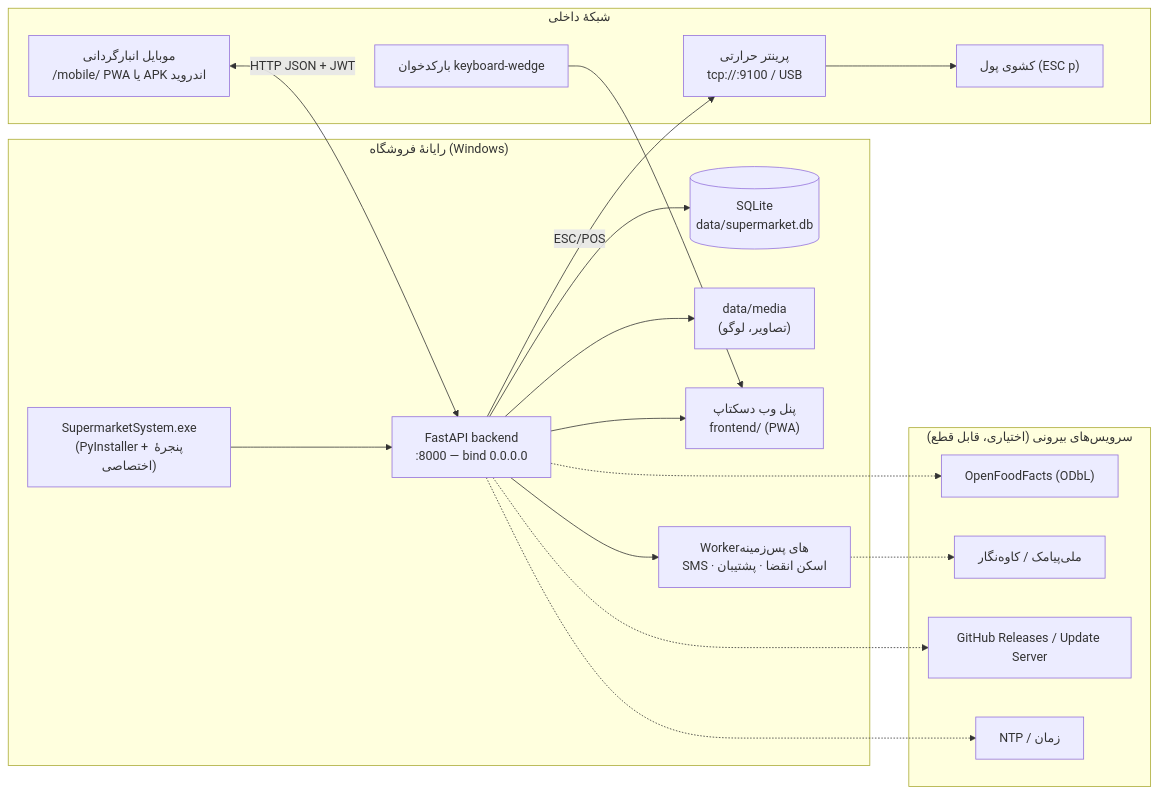
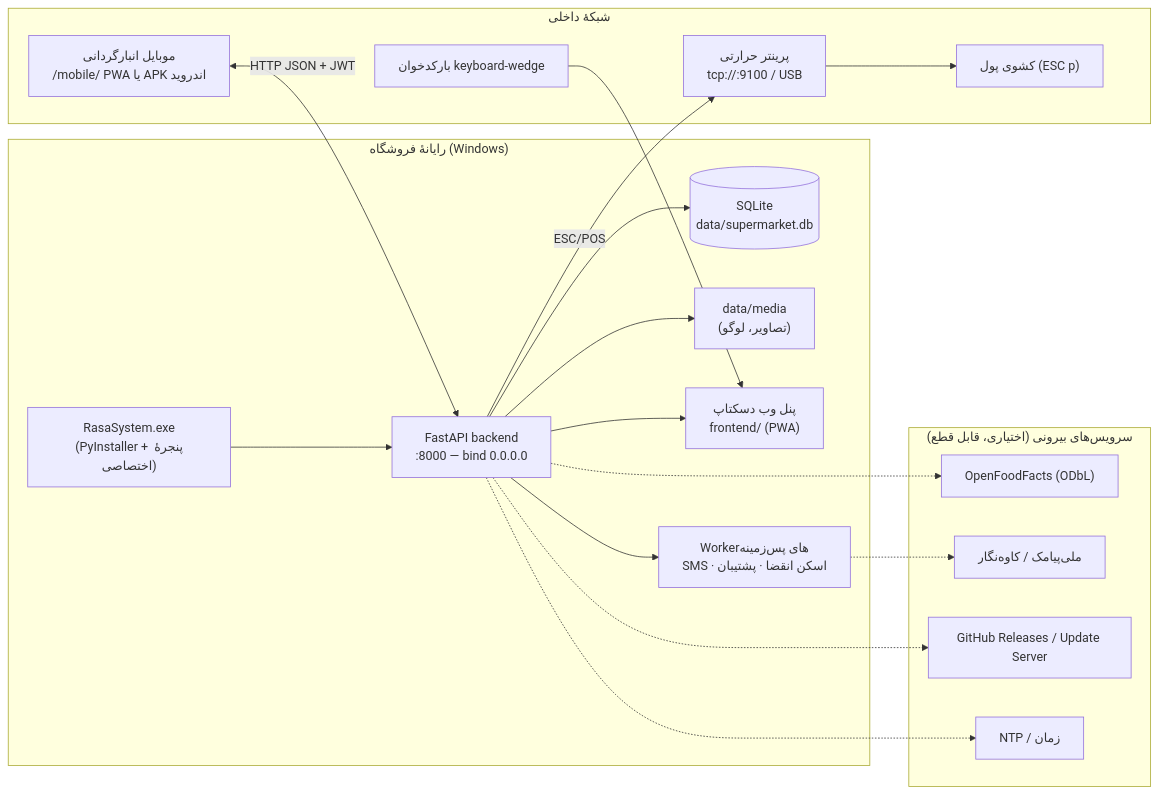
The first of 7 diagrams in docs/DIAGRAMS.md (khajavy8056/Super-system-), drawn with Mermaid before and after one commit. The commit also changed 112 other files, not shown here.

````diff
--- a/docs/DIAGRAMS.md
+++ b/docs/DIAGRAMS.md
@@ -7,34 +7,34 @@
 ```mermaid
 flowchart LR
   subgraph Store["رایانهٔ فروشگاه (Windows)"]
-    EXE["SupermarketSystem.exe<br/>(PyInstaller + پنجرهٔ اختصاصی)"]
+    EXE["RasaSystem.exe<br/>(PyInstaller + پنجرهٔ اختصاصی)"]
     API["FastAPI backend<br/>:8000 — bind 0.0.0.0"]
     DB[("SQLite<br/>data/supermarket.db")]
     MEDIA["data/media<br/>(تصاویر، لوگو)"]
     WEB["پنل وب دسکتاپ<br/>frontend/ (PWA)"]
     WORKER["Workerهای پس‌زمینه<br/>SMS · اسکن انقضا · پشتیبان"]
     EXE --> API --> DB
     API --> MEDIA
     API --> WEB
     API --> WORKER
   end
   subgraph LAN["شبکهٔ داخلی"]
     MOB["موبایل انبارگردانی<br/>/mobile/ PWA یا APK اندروید"]
     PRN["پرینتر حرارتی<br/>tcp://:9100 / USB"]
     DRW["کشوی پول (ESC p)"]
     SCN["بارکدخوان keyboard-wedge"]
   end
   MOB <-->|HTTP JSON + JWT| API
   API -->|ESC/POS| PRN --> DRW
   SCN --> WEB
   subgraph Ext["سرویس‌های بیرونی (اختیاری، قابل قطع)"]
     OFF["OpenFoodFacts (ODbL)"]
     SMS["ملی‌پیامک / کاوه‌نگار"]
     GH["GitHub Releases / Update Server"]
     NTP["NTP / زمان"]
   end
   API -.-> OFF
   WORKER -.-> SMS
   API -.-> GH
   API -.-> NTP
 ```
````
